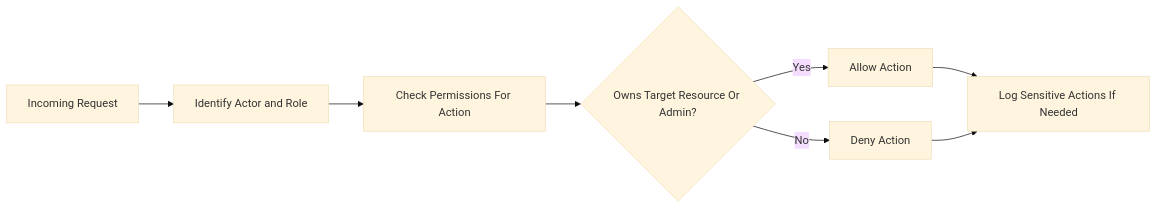
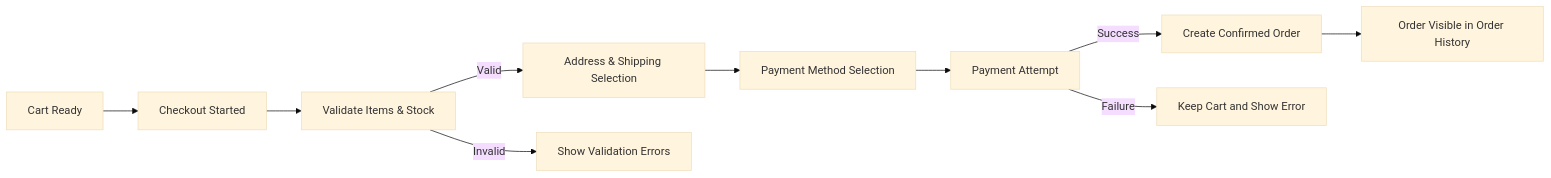
One commit to wrtnlabs/autobe-examples changed the first of 2 diagrams in openai/gpt-5.1/shopping/docs/analysis/00-toc.md. Above: the diagram before and after it, drawn with Mermaid (base theme). The commit also changed other lines of this file and 8017 other files, not shown here.

````diff
--- a/openai/gpt-5.1/shopping/docs/analysis/00-toc.md
+++ b/openai/gpt-5.1/shopping/docs/analysis/00-toc.md
@@ -356,10 +232,12 @@
 ```mermaid
 graph LR
-  R["Incoming Request"] --> U["Identify Actor and Role"]
-  U --> P["Check Permissions For Action"]
-  P --> O{"Owns Target Resource Or Admin?"}
-  O -->|"Yes"| A["Allow Action"]
-  O -->|"No"| D["Deny Action"]
-  A --> L["Log Sensitive Actions If Needed"]
-  D --> L
+  A["Cart Ready"] --> B["Checkout Started"]
+  B --> C["Validate Items & Stock"]
+  C -->|"Valid"| D["Address & Shipping Selection"]
+  C -->|"Invalid"| E["Show Validation Errors"]
+  D --> F["Payment Method Selection"]
+  F --> G["Payment Attempt"]
+  G -->|"Success"| H["Create Confirmed Order"]
+  G -->|"Failure"| I["Keep Cart and Show Error"]
+  H --> J["Order Visible in Order History"]
 ```
````
